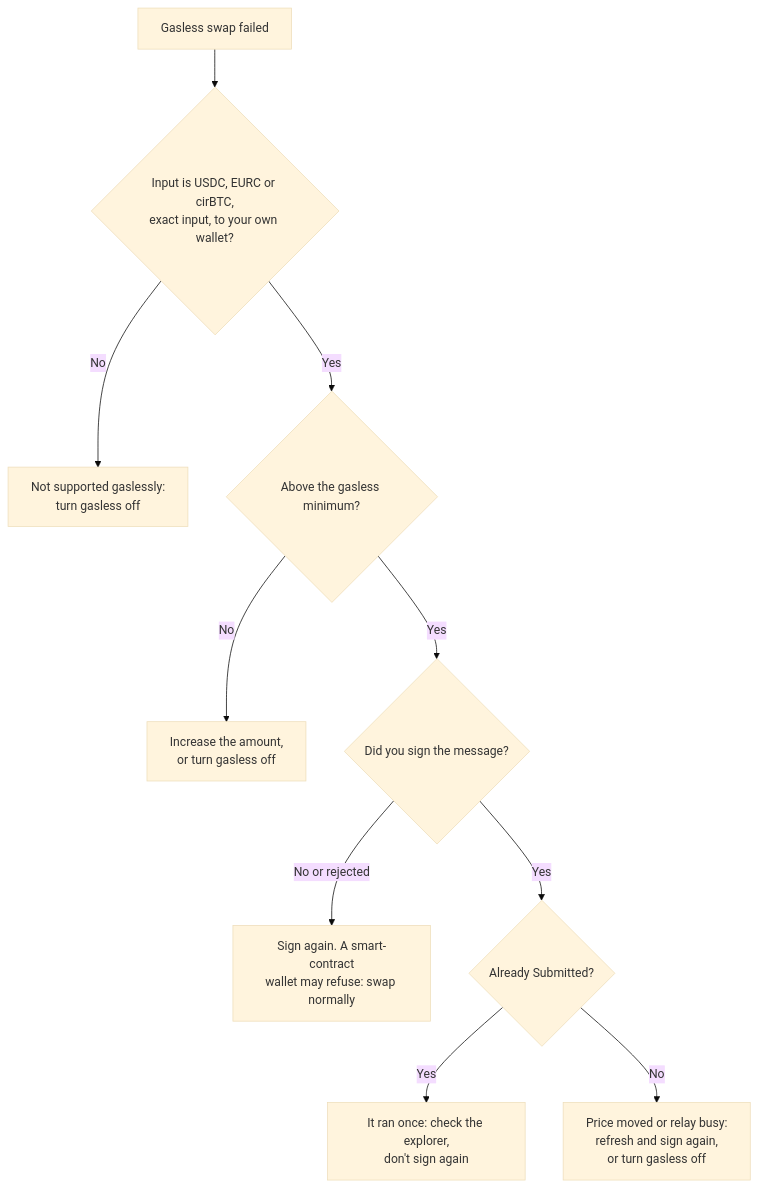
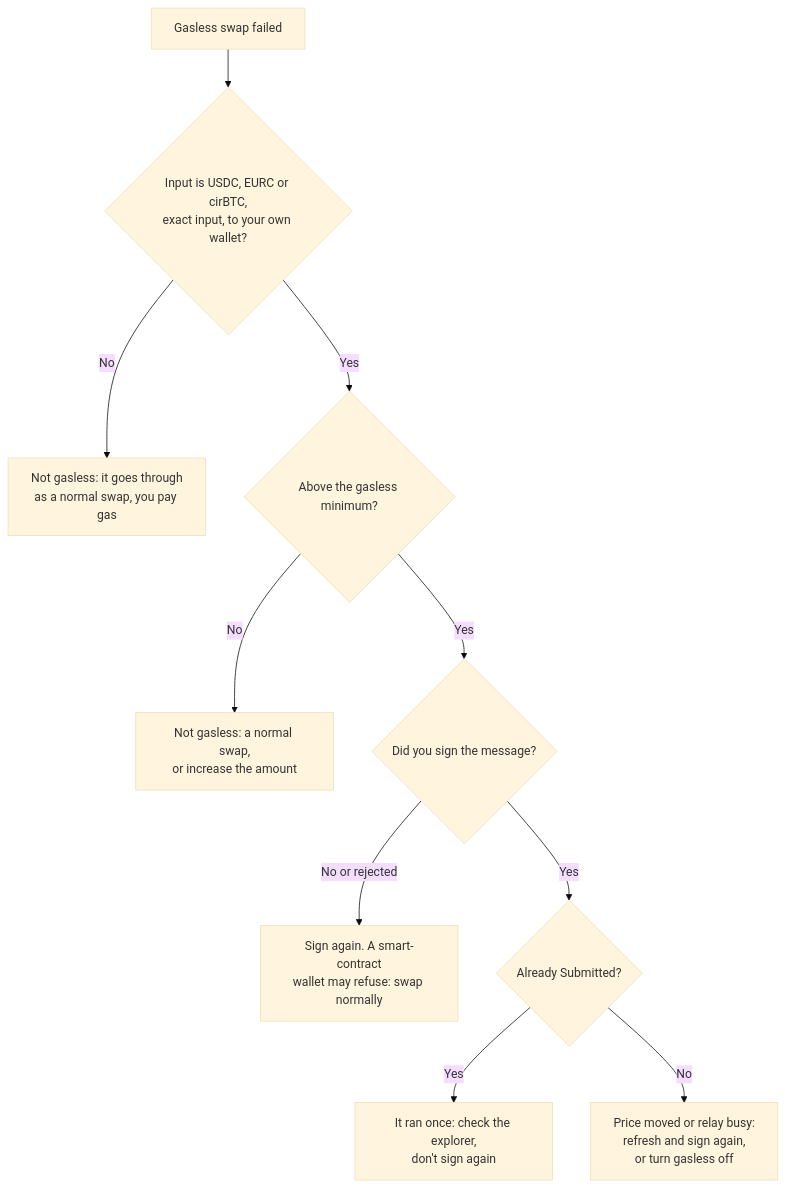
The fourth of 6 diagrams in docs/help/troubleshooting.md (Asif2902/achswap-docs), drawn with Mermaid (base theme) before and after one commit. The commit also changed other lines of this file and 11 other files, not shown here.

Commit message:
docs: pool page and Analytics live; gasless only for swaps that qualify (others are normal swaps); quotes show what the simulation paid

````diff
--- a/docs/help/troubleshooting.md
+++ b/docs/help/troubleshooting.md
@@ -121,12 +121,12 @@
 ```mermaid
 flowchart TD
   A["Gasless swap failed"] --> B{"Input is USDC, EURC or cirBTC,<br/>exact input, to your own wallet?"}
-  B -->|"No"| B2["Not supported gaslessly:<br/>turn gasless off"]
+  B -->|"No"| B2["Not gasless: it goes through<br/>as a normal swap, you pay gas"]
   B -->|"Yes"| C{"Above the gasless minimum?"}
-  C -->|"No"| C2["Increase the amount,<br/>or turn gasless off"]
+  C -->|"No"| C2["Not gasless: a normal swap,<br/>or increase the amount"]
   C -->|"Yes"| D{"Did you sign the message?"}
   D -->|"No or rejected"| D2["Sign again. A smart-contract<br/>wallet may refuse: swap normally"]
   D -->|"Yes"| E{"Already Submitted?"}
   E -->|"Yes"| E2["It ran once: check the explorer,<br/>don't sign again"]
   E -->|"No"| F["Price moved or relay busy:<br/>refresh and sign again,<br/>or turn gasless off"]
 ```
````
